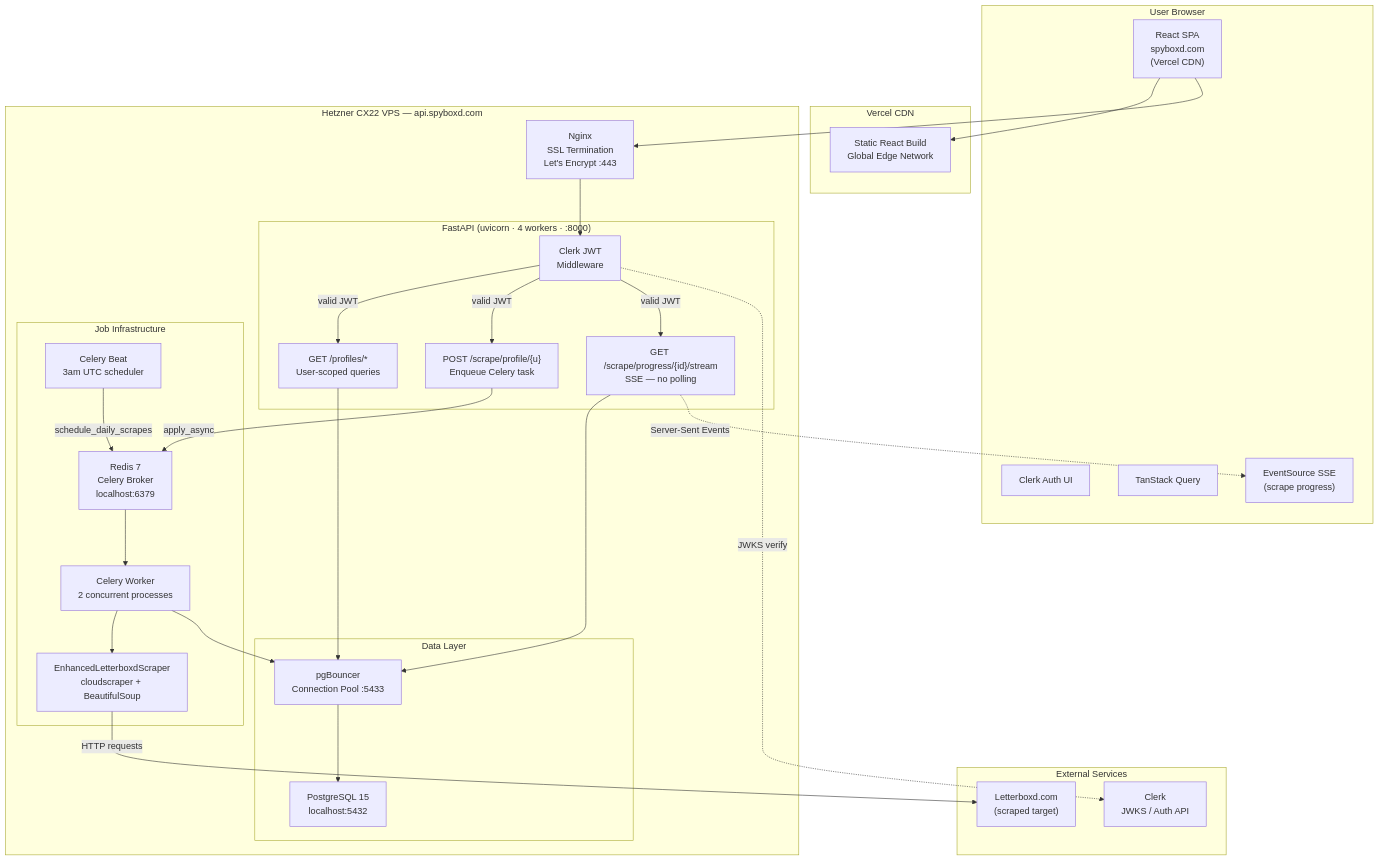
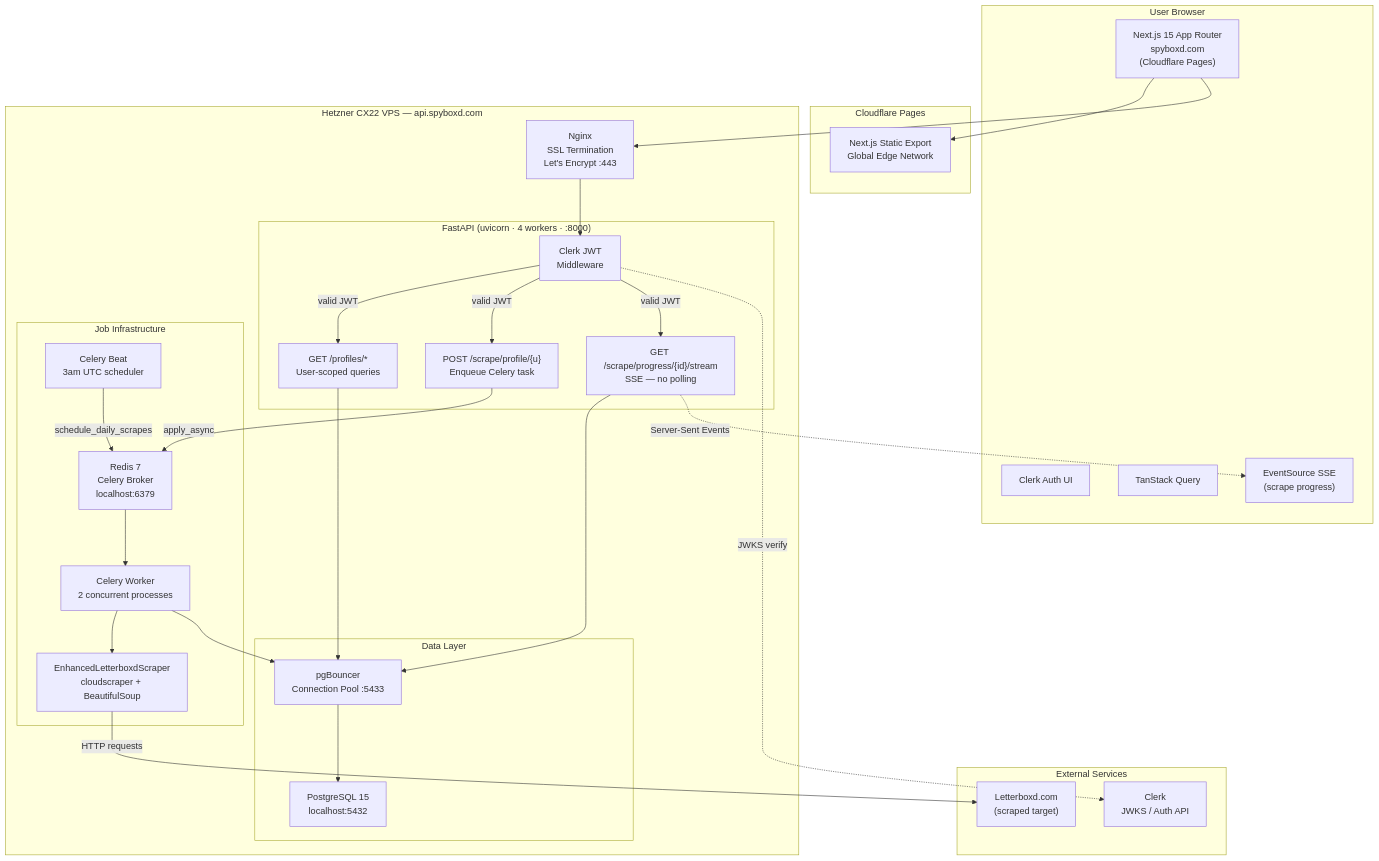
Before and after one commit to Yash03x/letterboxd-reviewer: the diagram in Deployment_plan.md, drawn with Mermaid. The commit also changed other lines of this file, not shown here.

Commit message:
feat: update deployment plan to reflect transition from Vercel to Cloudflare Pages for frontend hosting

````diff
--- a/Deployment_plan.md
+++ b/Deployment_plan.md
@@ -11,76 +11,76 @@
 ```mermaid
 graph TB
     subgraph "User Browser"
-        A["React SPA\nspyboxd.com\n(Vercel CDN)"]
+        A["Next.js 15 App Router\nspyboxd.com\n(Cloudflare Pages)"]        
         A1["Clerk Auth UI"]
         A2["TanStack Query"]
         A3["EventSource SSE\n(scrape progress)"]
     end
 
     subgraph "External Services"
         CLERK["Clerk\nJWKS / Auth API"]
         LB["Letterboxd.com\n(scraped target)"]
     end
 
-    subgraph "Vercel CDN"
-        VCDN["Static React Build\nGlobal Edge Network"]
+    subgraph "Cloudflare Pages"
+        VCDN["Next.js Static Export\nGlobal Edge Network"]
     end
 
     subgraph "Hetzner CX22 VPS — api.spyboxd.com"
         NGINX["Nginx\nSSL Termination\nLet's Encrypt :443"]
 
         subgraph "FastAPI (uvicorn · 4 workers · :8000)"
             MW["Clerk JWT\nMiddleware"]
             RT_PROFILE["GET /profiles/*\nUser-scoped queries"]
             RT_SCRAPE["POST /scrape/profile/{u}\nEnqueue Celery task"]
             RT_SSE["GET /scrape/progress/{id}/stream\nSSE — no polling"]
         end
 
         subgraph "Job Infrastructure"
             REDIS["Redis 7\nCelery Broker\nlocalhost:6379"]
             WORKER["Celery Worker\n2 concurrent processes"]
             BEAT["Celery Beat\n3am UTC scheduler"]
             SCRAPER["EnhancedLetterboxdScraper\ncloudscraper + BeautifulSoup"]
         end
 
         subgraph "Data Layer"
             PGBOUNCER["pgBouncer\nConnection Pool :5433"]
             PG["PostgreSQL 15\nlocalhost:5432"]
         end
     end
 
-    %% Browser → Vercel
+    %% Browser → Cloudflare Pages
     A --> VCDN
 
     %% Browser → API
     A --> NGINX
     NGINX --> MW
     MW -->|valid JWT| RT_PROFILE
     MW -->|valid JWT| RT_SCRAPE
     MW -->|valid JWT| RT_SSE
 
     %% Auth verification
     MW -.->|JWKS verify| CLERK
 
     %% Scrape trigger flow
     RT_SCRAPE -->|apply_async| REDIS
     REDIS --> WORKER
     WORKER --> SCRAPER
     SCRAPER -->|HTTP requests| LB
 
     %% Progress writes
     WORKER --> PGBOUNCER
     PGBOUNCER --> PG
 
     %% SSE reads progress from DB
     RT_SSE --> PGBOUNCER
 
     %% Data reads
     RT_PROFILE --> PGBOUNCER
 
     %% Daily scheduler
     BEAT -->|schedule_daily_scrapes| REDIS
 
     %% SSE push to browser
     RT_SSE -.->|Server-Sent Events| A3
 ```
````
